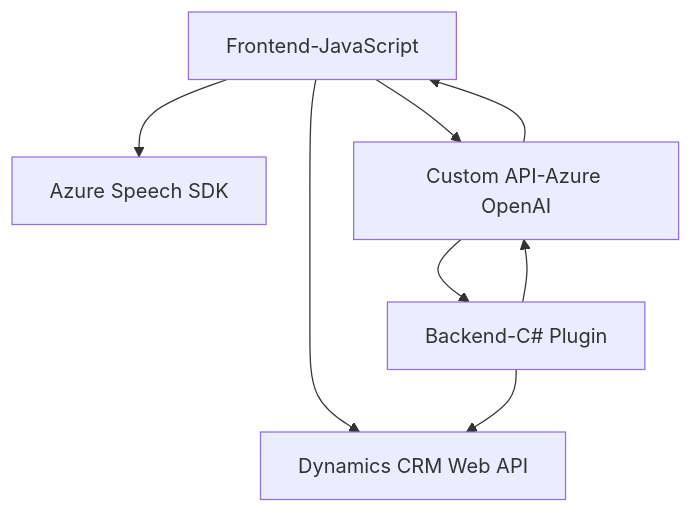
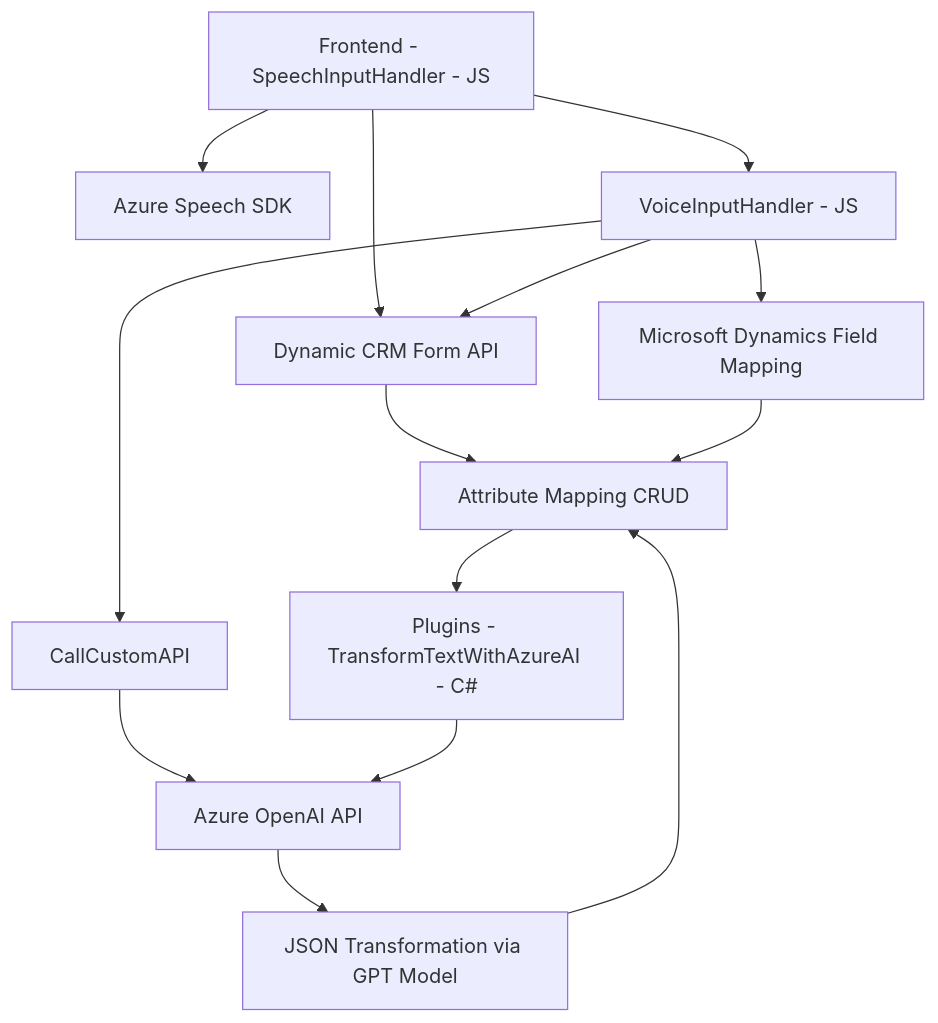
One commit to blopezdm/NETCORE_BILBAO2025 changed the diagram in README.md. Above: the diagram before and after it, drawn with Mermaid. The commit also changed other lines of this file, not shown here.

````diff
--- a/README.md
+++ b/README.md
@@ -40,16 +57,20 @@
 ```mermaid
 graph TD
-    A["Frontend-JavaScript"]
-    B["Azure Speech SDK"]
-    C["Dynamics CRM Web API"]
-    D["Custom API-Azure OpenAI"]
-    E["Backend-C# Plugin"]
+    A["Frontend - SpeechInputHandler - JS"] --> B["Azure Speech SDK"]
+    A --> C["Dynamic CRM Form API"]
+    A --> D["VoiceInputHandler - JS"]
 
-    A --> B
-    A --> C
-    A --> D
-    D --> A
-    E --> C
-    E --> D
-    D --> E
+    D --> C
+    D --> E["CallCustomAPI"]
+    D --> F["Microsoft Dynamics Field Mapping"]
+
+    C --> G["Attribute Mapping CRUD"]
+
+    E --> H["Azure OpenAI API"]
+    F --> G
+    G --> I["Plugins - TransformTextWithAzureAI - C#"]
+
+    I --> H
+    H --> J["JSON Transformation via GPT Model"]
+    J --> G
 ```
````
